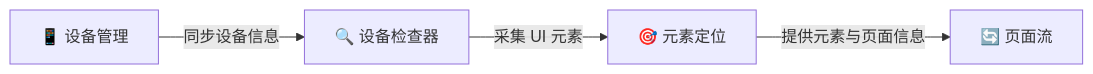
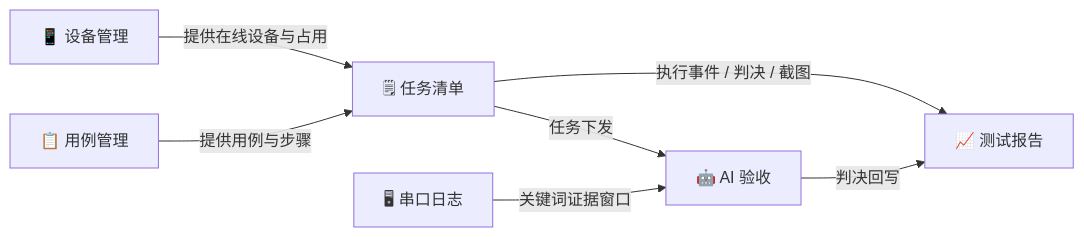
One commit to Kahoku-lazy/Android-AutoTests changed the second of 3 diagrams in dev_docs/ARCH_PRD/PRD-平台总需求.md. Above: the diagram before and after it, drawn with Mermaid. The commit also changed other lines of this file and 39 other files, not shown here.

````diff
--- a/dev_docs/ARCH_PRD/PRD-平台总需求.md
+++ b/dev_docs/ARCH_PRD/PRD-平台总需求.md
@@ -70,6 +99,9 @@
 ```mermaid
 flowchart LR
-    DP["📱 设备管理"] -->|"同步设备信息"| DI["🔍 设备检查器"]
-    DI -->|"采集 UI 元素"| EL["🎯 元素定位"]
-    EL -->|"提供元素与页面信息"| WF["🔄 页面流"]
+    DP["📱 设备管理"] -->|"提供在线设备与占用"| TL["🗒 任务清单"]
+    CM["📋 用例管理"] -->|"提供用例与步骤"| TL
+    TL -->|"执行事件 / 判决 / 截图"| RG["📈 测试报告"]
+    SL["🖥 串口日志"] -->|"关键词证据窗口"| AI["🤖 AI 验收"]
+    TL -->|"任务下发"| AI
+    AI -->|"判决回写"| RG
 ```
````
